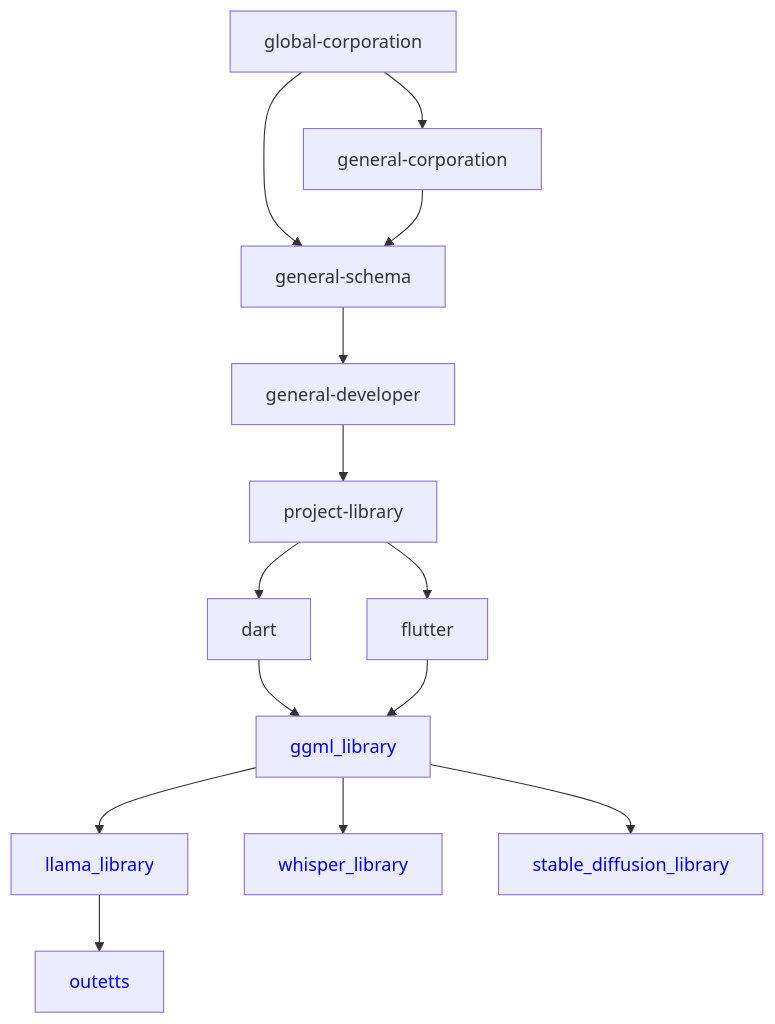
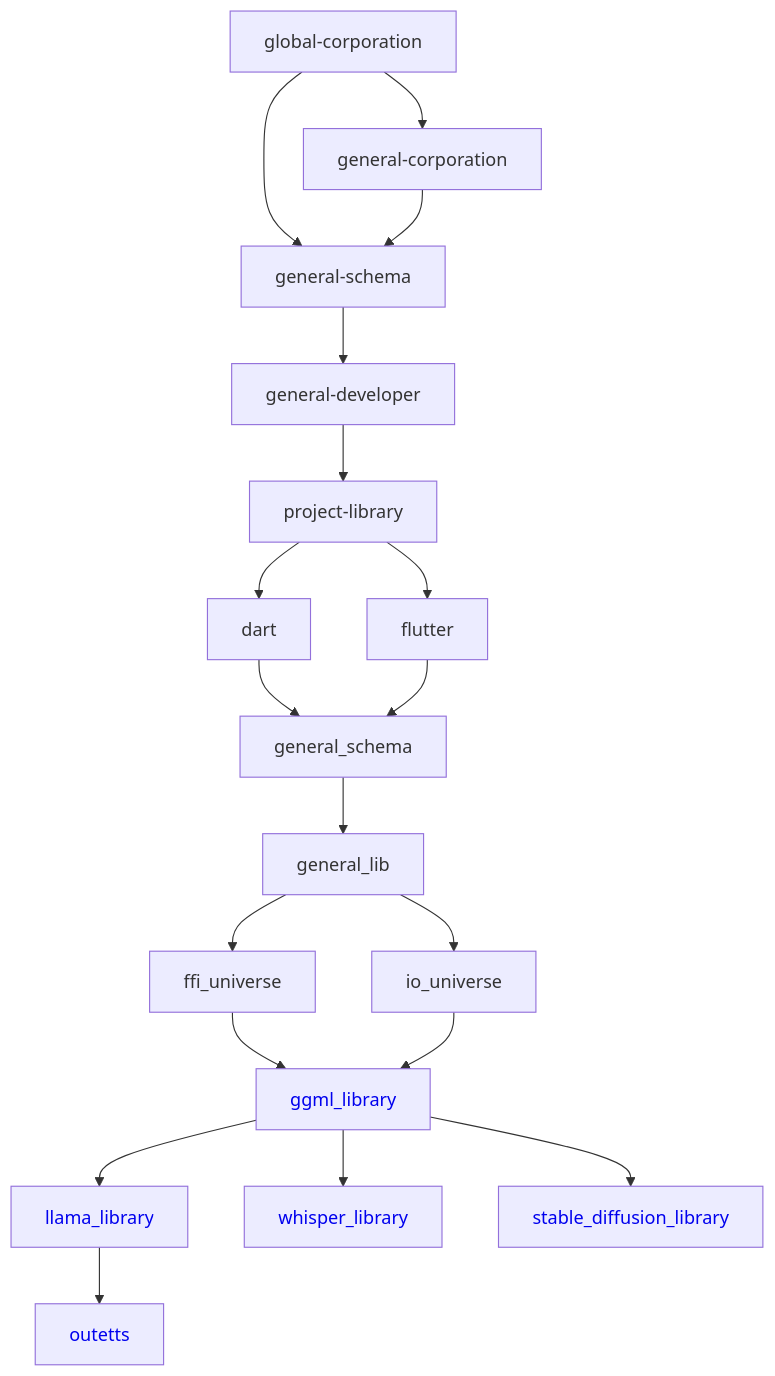
Before and after one commit to General-Developer/.github: the diagram in profile/README.md, drawn with Mermaid.

````diff
--- a/profile/README.md
+++ b/profile/README.md
@@ -4,28 +4,34 @@
 ```mermaid
 graph TD;
 global-corporation --> general-schema
 global-corporation --> general-corporation --> general-schema
 general-schema --> general-developer 
 general-developer --> project-library
 project-library --> dart
 project-library --> flutter
+dart --> general_schema
+flutter --> general_schema
+general_schema --> general_lib 
+general_lib --> ffi_universe
+general_lib --> io_universe
+ffi_universe --> ggml_library
+io_universe --> ggml_library
 
-dart --> ggml_library
-flutter --> ggml_library
+
 ggml_library --> llama_library
 ggml_library --> whisper_library
 ggml_library --> stable_diffusion_library
 llama_library --> outetts
 
 ggml_library[<a href="https://github.com/General-Developer/ggml_library" style="text-decoration:none;">ggml_library</a>];
 
 llama_library[<a href="https://github.com/General-Developer/llama_library" style="text-decoration:none;">llama_library</a>];
 
 outetts[<a href="https://github.com/General-Developer/outetts" style="text-decoration:none;">outetts</a>];
 
 whisper_library[<a href="https://github.com/General-Developer/whisper_library" style="text-decoration:none;">whisper_library</a>];
 
 stable_diffusion_library[<a href="https://github.com/General-Developer/stable_diffusion_library" style="text-decoration:none;">stable_diffusion_library</a>];
 
 
 ```
````
